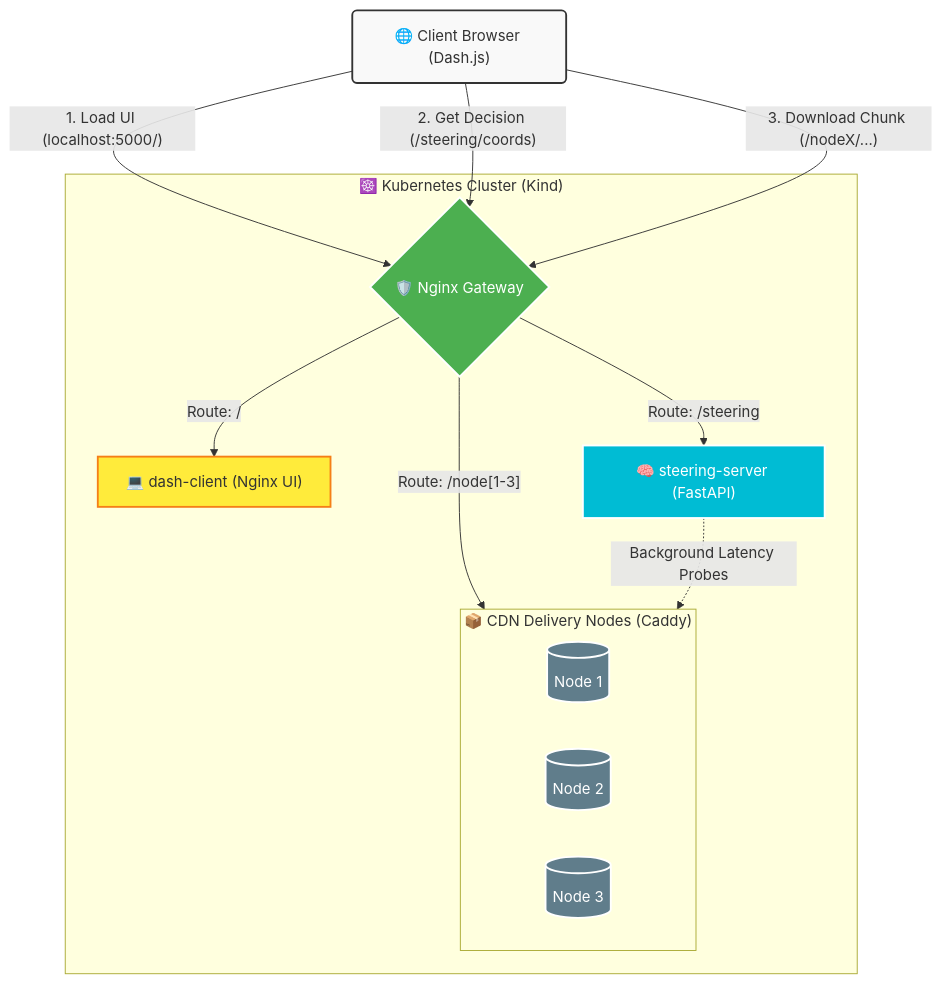
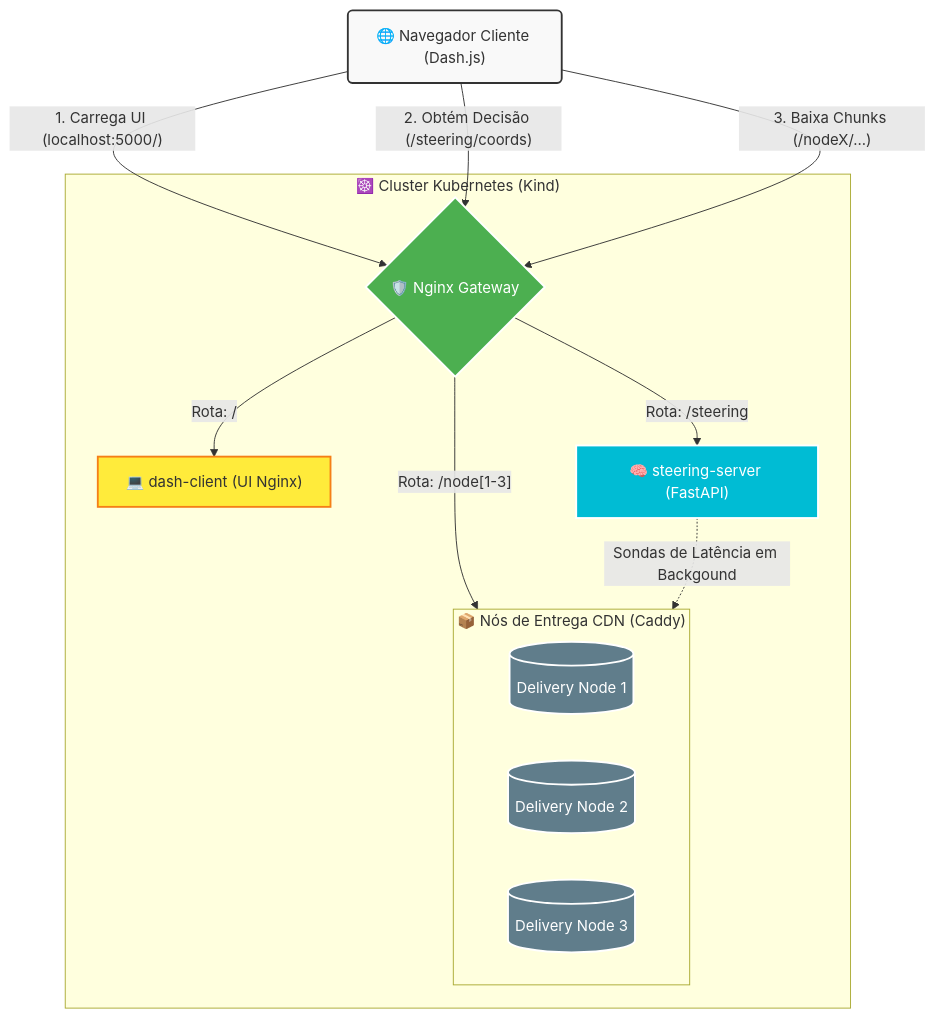
One commit to alissonpef/content_steering changed the diagram in README.md. Above: the diagram before and after it, drawn with Mermaid. The commit also changed other lines of this file and 4 other files, not shown here.

````diff
--- a/README.md
+++ b/README.md
@@ -142,35 +139,35 @@
 ```mermaid
 flowchart TD
     classDef browser fill:#f9f9f9,stroke:#333,stroke-width:2px;
     classDef proxy fill:#4caf50,stroke:#fff,stroke-width:2px,color:#fff;
     classDef frontend fill:#ffeb3b,stroke:#f57f17,stroke-width:2px,color:#333;
     classDef backend fill:#00bcd4,stroke:#fff,stroke-width:2px,color:#fff;
     classDef storage fill:#607d8b,stroke:#fff,stroke-width:2px,color:#fff;
 
-    Browser("🌐 Client Browser (Dash.js)"):::browser
+    Browser("🌐 Navegador Cliente (Dash.js)"):::browser
 
-    subgraph Cluster ["☸️ Kubernetes Cluster (Kind)"]
+    subgraph Cluster ["☸️ Cluster Kubernetes (Kind)"]
         Gateway{"🛡️ Nginx Gateway"}:::proxy
 
-        UI["💻 dash-client (Nginx UI)"]:::frontend
+        UI["💻 dash-client (UI Nginx)"]:::frontend
         RL["🧠 steering-server (FastAPI)"]:::backend
         
-        subgraph CDNNodes ["📦 CDN Delivery Nodes (Caddy)"]
+        subgraph CDNNodes ["📦 Nós de Entrega CDN (Caddy)"]
             direction LR
-            Node1[("Node 1")]:::storage
-            Node2[("Node 2")]:::storage
-            Node3[("Node 3")]:::storage
+            Node1[("Delivery Node 1")]:::storage
+            Node2[("Delivery Node 2")]:::storage
+            Node3[("Delivery Node 3")]:::storage
         end
     end
 
-    Browser -- "1. Load UI (localhost:5000/)" --> Gateway
-    Gateway -- "Route: /" --> UI
+    Browser -- "1. Carrega UI (localhost:5000/)" --> Gateway
+    Gateway -- "Rota: /" --> UI
 
-    Browser -- "2. Get Decision (/steering/coords)" --> Gateway
-    Gateway -- "Route: /steering" --> RL
+    Browser -- "2. Obtém Decisão (/steering/coords)" --> Gateway
+    Gateway -- "Rota: /steering" --> RL
 
-    Browser -- "3. Download Chunk (/nodeX/...)" --> Gateway
-    Gateway -- "Route: /node[1-3]" --> CDNNodes
+    Browser -- "3. Baixa Chunks (/nodeX/...)" --> Gateway
+    Gateway -- "Rota: /node[1-3]" --> CDNNodes
     
-    RL -. "Background Latency Probes" .-> CDNNodes
+    RL -. "Sondas de Latência em Backgound" .-> CDNNodes
 ```
````
